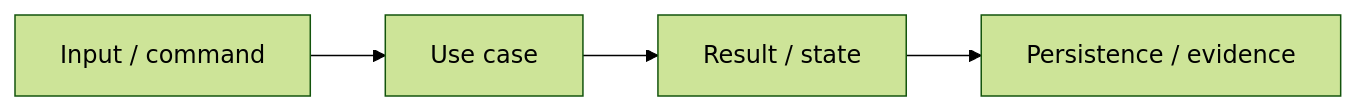
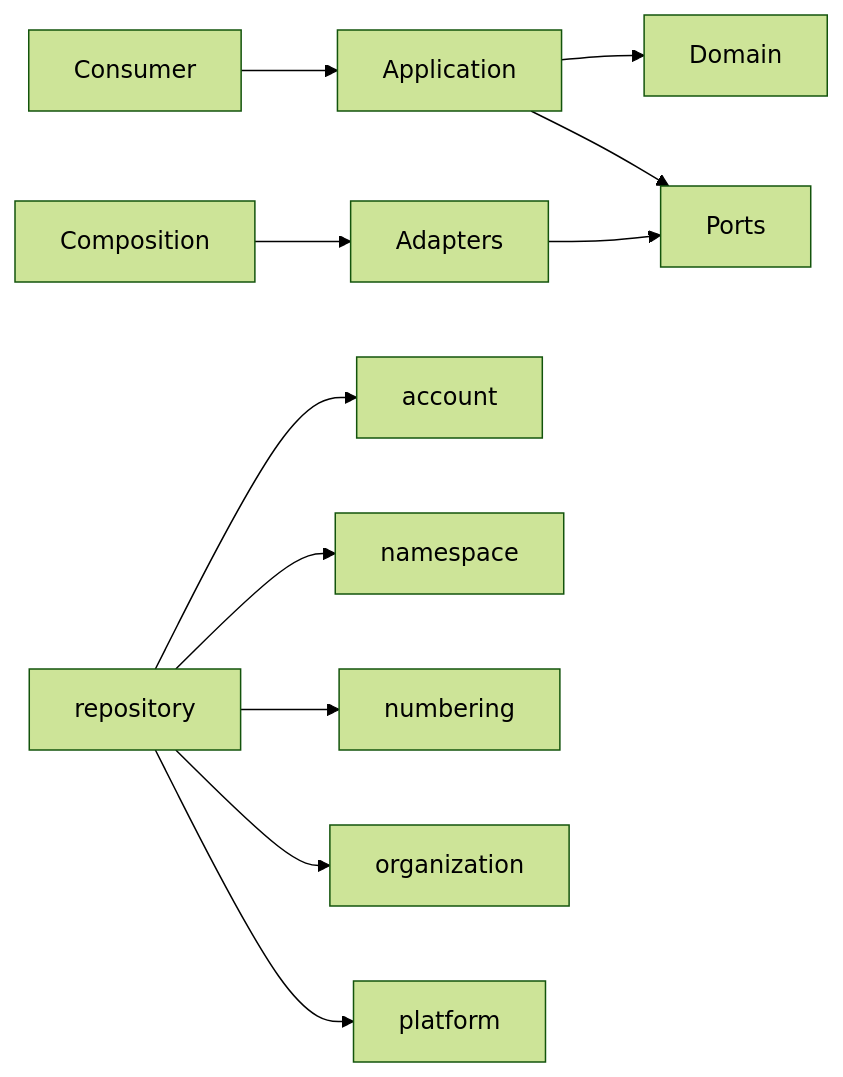
The third of 3 diagrams in packages/repository/ARCHITECTURE.md (963sup/Line_Bot_v1), drawn with Mermaid (forest theme) before and after one commit. The commit also changed other lines of this file and 40 other files, not shown here.

Commit message:
docs: compact owner architecture cards

````diff
--- a/packages/repository/ARCHITECTURE.md
+++ b/packages/repository/ARCHITECTURE.md
@@ -57,6 +33,13 @@
 ```mermaid
 flowchart LR
-  Input[Input / command] --> UseCase[Use case]
-  UseCase --> Result[Result / state]
-  Result --> Persistence[Persistence / evidence]
+  Consumer[Consumer] --> Application[Application]
+  Application --> Domain[Domain]
+  Application --> Ports[Ports]
+  Composition[Composition] --> Adapters[Adapters]
+  Adapters --> Ports
+  repository --> account
+  repository --> namespace
+  repository --> numbering
+  repository --> organization
+  repository --> platform
 ```
````
